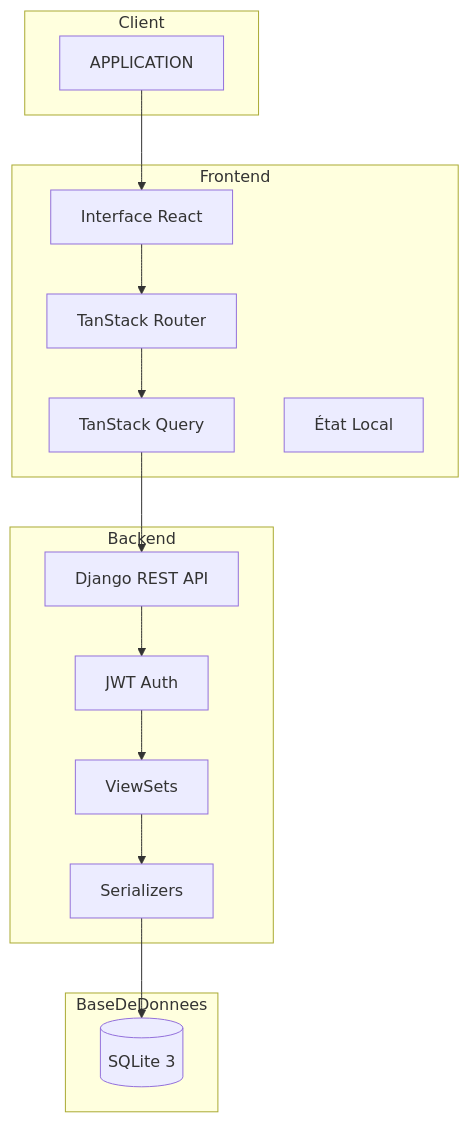
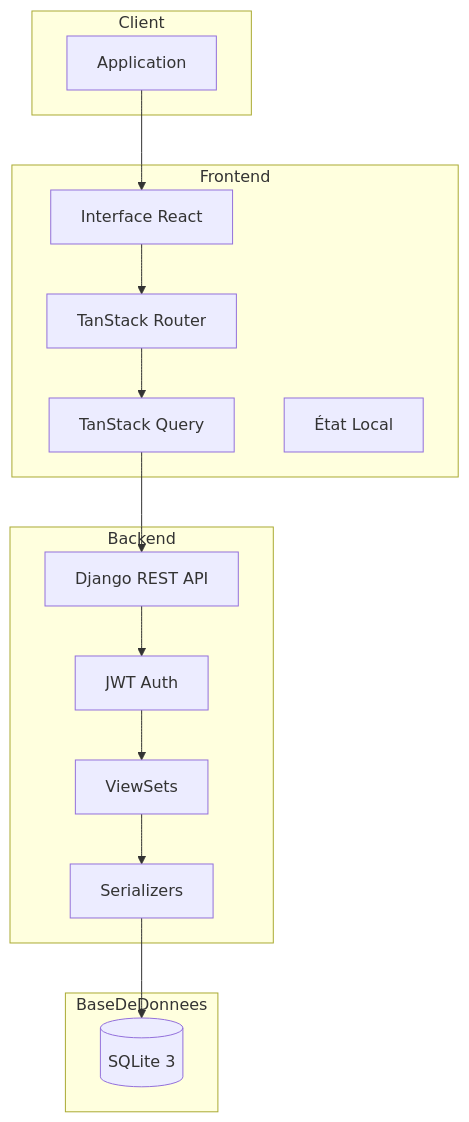
Before and after one commit to Miloua91/GDS: the third of 7 diagrams in docs/presentation.md, drawn with Mermaid. The commit also changed other lines of this file, not shown here.

````diff
--- a/docs/presentation.md
+++ b/docs/presentation.md
@@ -276,33 +276,33 @@
 ```mermaid
 graph TB
     subgraph Client
-        APP[APPLICATION]
+        APP[Application]
     end
 
     subgraph Frontend
         UI[Interface React]
         Router[ TanStack Router]
         Query[ TanStack Query]
         State[État Local]
     end
 
     subgraph Backend
         API[Django REST API]
         Auth[ JWT Auth]
         Views[ ViewSets]
         Serial[ Serializers]
     end
 
     subgraph BaseDeDonnees
         SQLite[(SQLite 3)]
     end
 
     APP --> UI
     UI --> Router
     Router --> Query
     Query --> API
     API --> Auth
     Auth --> Views
     Views --> Serial
     Serial --> SQLite
 ```
````
